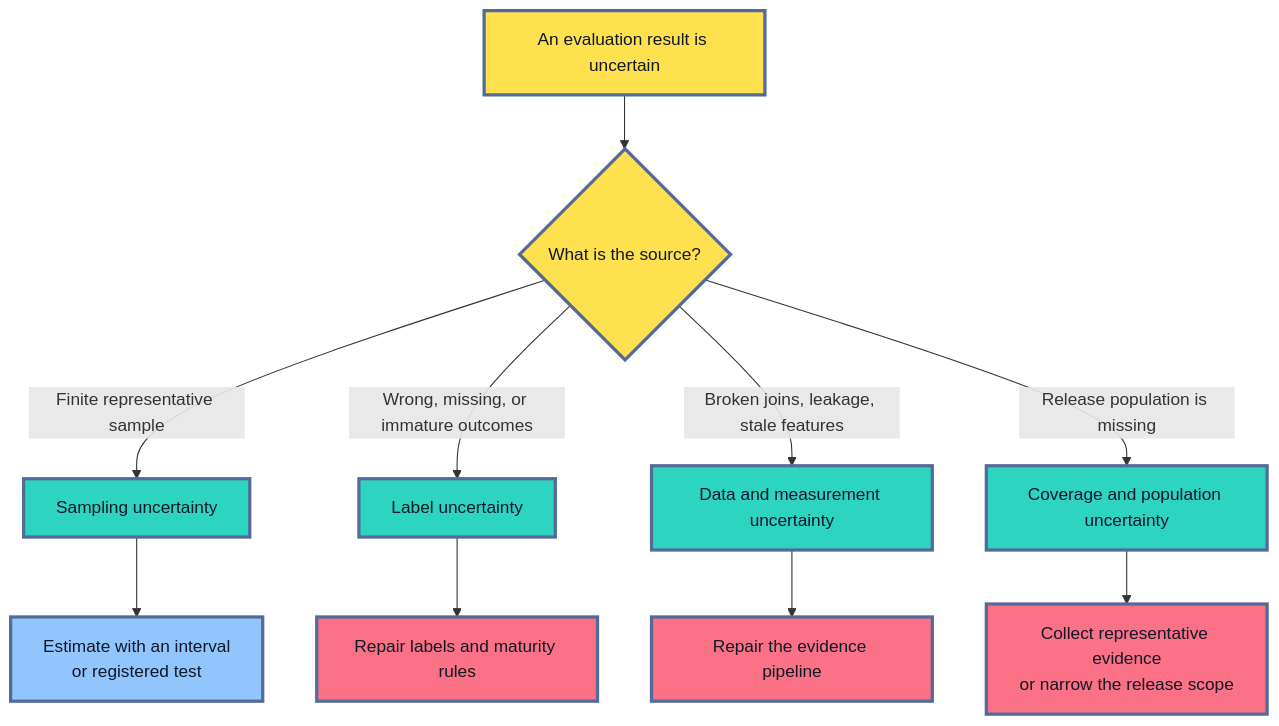
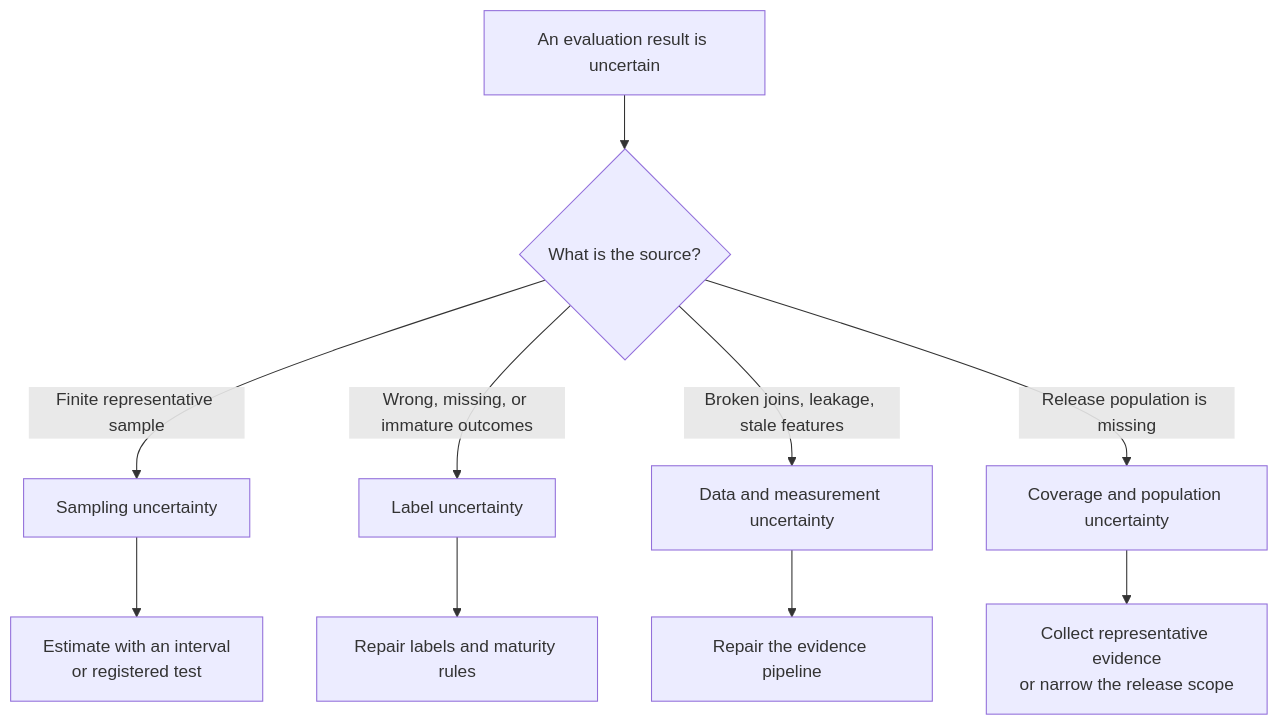
The second of 10 diagrams in roadmaps/mlops/modules/model-evaluation/offline-evaluation/05-statistical-uncertainty-and-paired-comparisons.md (senlinyy/dev-roadmaps), drawn with Mermaid before and after one commit. The commit also changed other lines of this file and 152 other files, not shown here.

Commit message:
feat: mlops and diagrams updated

````diff
--- a/roadmaps/mlops/modules/model-evaluation/offline-evaluation/05-statistical-uncertainty-and-paired-comparisons.md
+++ b/roadmaps/mlops/modules/model-evaluation/offline-evaluation/05-statistical-uncertainty-and-paired-comparisons.md
@@ -111,21 +107,17 @@
 ```mermaid
 flowchart TD
     A["An evaluation result is uncertain"] --> B{"What is the source?"}
     B -->|"Finite representative sample"| C["Sampling uncertainty"]
     B -->|"Wrong, missing, or immature outcomes"| D["Label uncertainty"]
     B -->|"Broken joins, leakage, stale features"| E["Data and measurement uncertainty"]
     B -->|"Release population is missing"| F["Coverage and population uncertainty"]
     C --> G["Estimate with an interval<br/>or registered test"]
     D --> H["Repair labels and maturity rules"]
     E --> I["Repair the evidence pipeline"]
     F --> J["Collect representative evidence<br/>or narrow the release scope"]
 
-    classDef question fill:#FFE04F,stroke:#536A9A,stroke-width:3px,color:#111827
-    classDef source fill:#2DD4BF,stroke:#536A9A,stroke-width:3px,color:#0F172A
-    classDef statistical fill:#93C5FD,stroke:#536A9A,stroke-width:3px,color:#0F172A
-    classDef repair fill:#FB7185,stroke:#536A9A,stroke-width:3px,color:#111827
     class A,B question
     class C,D,E,F source
     class G statistical
     class H,I,J repair
 ```
````
